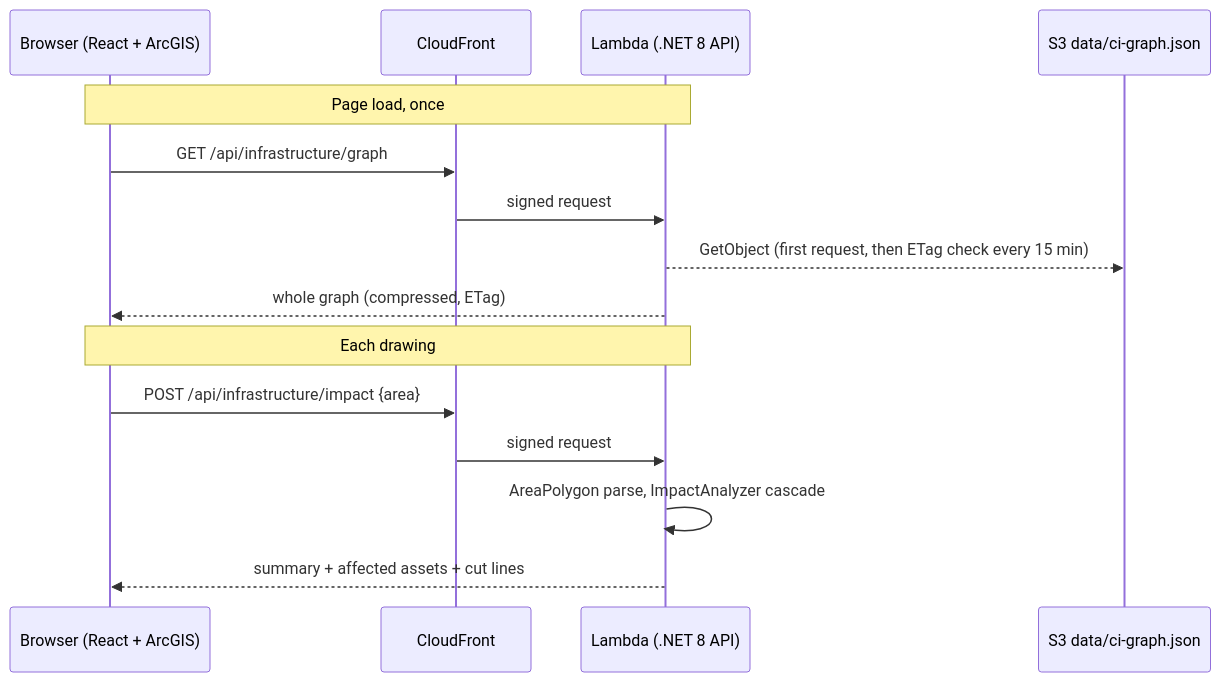
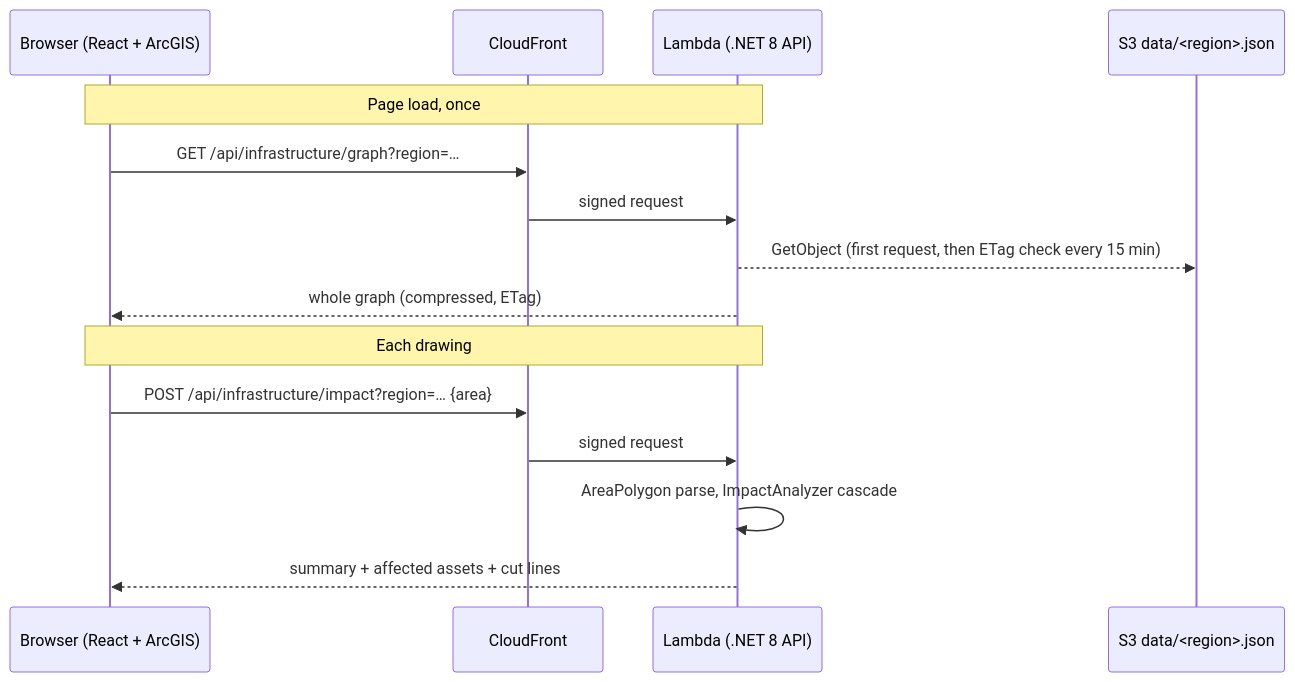
One commit to sgavathe/aws-docker-tf-actions-sample changed the diagram in docs/grid-cascade.md. Above: the diagram before and after it, drawn with Mermaid. The commit also changed other lines of this file and 18 other files, not shown here.

````diff
--- a/docs/grid-cascade.md
+++ b/docs/grid-cascade.md
@@ -37,17 +59,17 @@
 ```mermaid
 sequenceDiagram
     participant B as Browser (React + ArcGIS)
     participant CF as CloudFront
     participant L as Lambda (.NET 8 API)
-    participant S3 as S3 data/ci-graph.json
+    participant S3 as S3 data/<region>.json
     Note over B,L: Page load, once
-    B->>CF: GET /api/infrastructure/graph
+    B->>CF: GET /api/infrastructure/graph?region=…
     CF->>L: signed request
     L-->>S3: GetObject (first request, then ETag check every 15 min)
     L-->>B: whole graph (compressed, ETag)
     Note over B,L: Each drawing
-    B->>CF: POST /api/infrastructure/impact {area}
+    B->>CF: POST /api/infrastructure/impact?region=… {area}
     CF->>L: signed request
     L->>L: AreaPolygon parse, ImpactAnalyzer cascade
     L-->>B: summary + affected assets + cut lines
 ```
````
